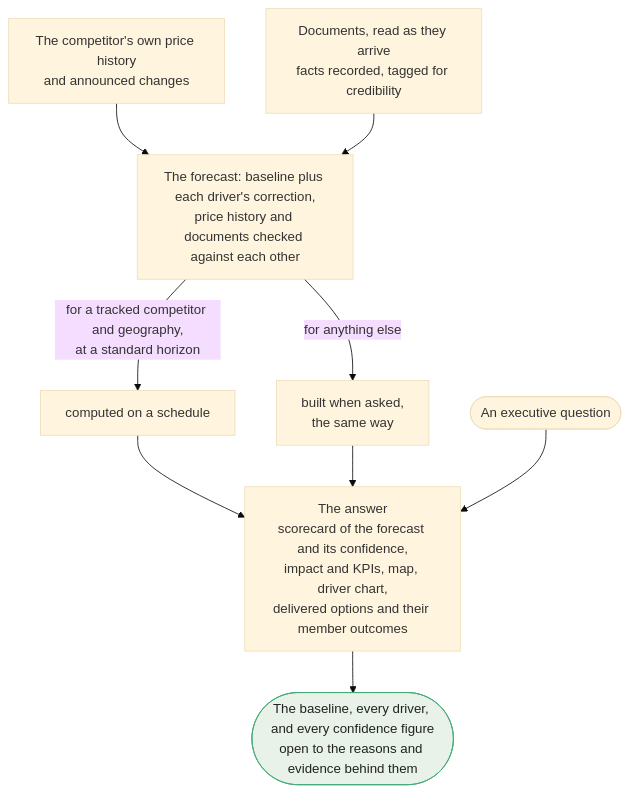
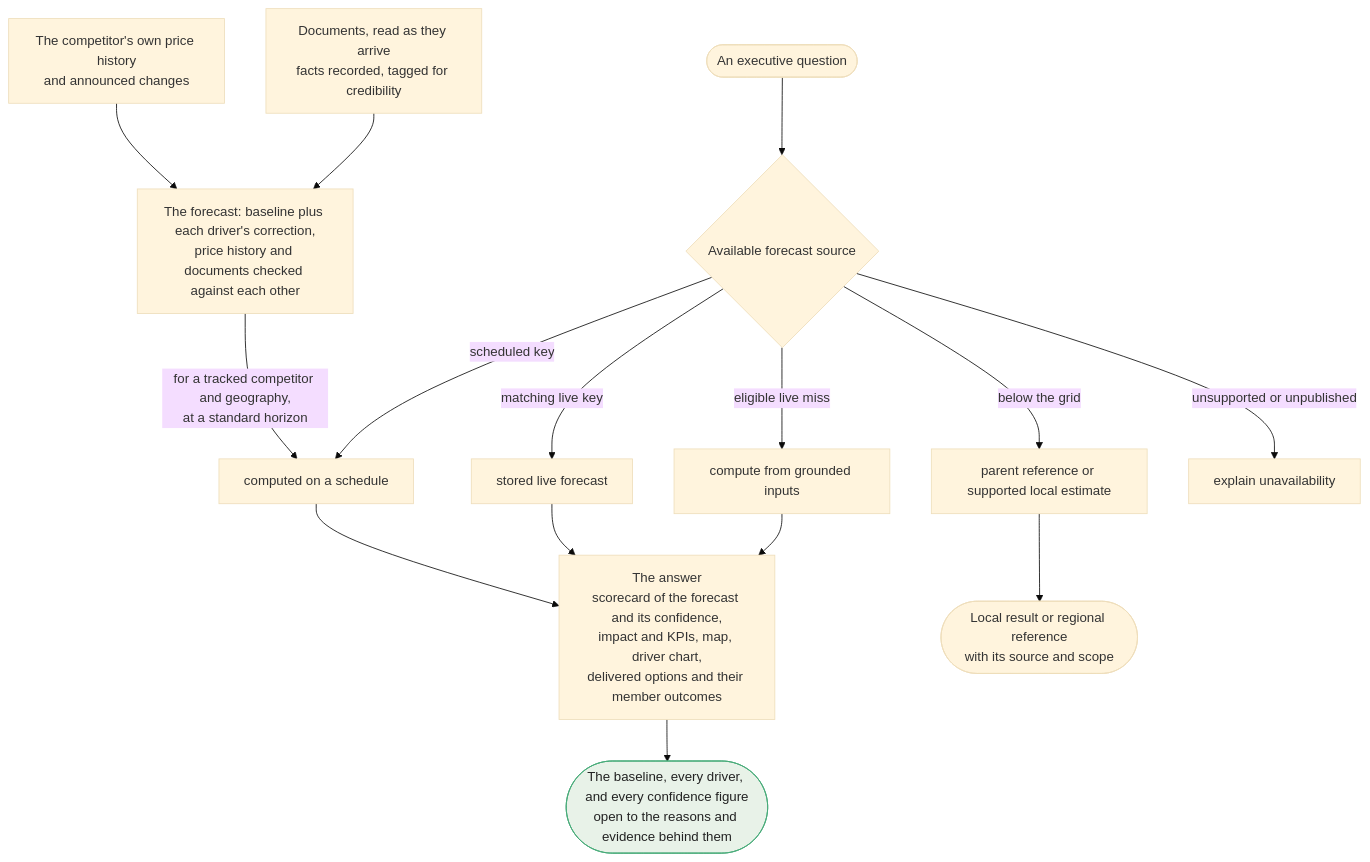
Before and after one commit to billy-atkins/price-horizon: the second of 4 diagrams in specs/application/product/architecture.md, drawn with Mermaid (base theme). The commit also changed other lines of this file and 38 other files, not shown here.

````diff
--- a/specs/application/product/architecture.md
+++ b/specs/application/product/architecture.md
@@ -137,22 +134,28 @@
 ```mermaid
 ---
 config:
   layout: dagre
 ---
 flowchart TD
     HIST["The competitor's own price history<br/>and announced changes"]
     DOCS["Documents, read as they arrive<br/>facts recorded, tagged for credibility"]
     HIST --> BUILD
     DOCS --> BUILD
     BUILD["The forecast: baseline plus each driver's correction,<br/>price history and documents checked against each other"]
     BUILD -->|"for a tracked competitor and geography,<br/>at a standard horizon"| BUILT["computed on a schedule"]
-    BUILD -->|"for anything else"| LIVE["built when asked,<br/>the same way"]
+    Q(["An executive question"]) --> SELECT{"Available forecast source"}
+    SELECT -->|"scheduled key"| BUILT
+    SELECT -->|"matching live key"| REUSE["stored live forecast"]
+    SELECT -->|"eligible live miss"| LIVE["compute from grounded inputs"]
+    SELECT -->|"below the grid"| PARENT["parent reference or supported local estimate"]
+    SELECT -->|"unsupported or unpublished"| NA["explain unavailability"]
     BUILT --> ANS
+    REUSE --> ANS
     LIVE --> ANS
-    Q(["An executive question"]) --> ANS
+    PARENT --> LOCAL(["Local result or regional reference<br/>with its source and scope"])
     ANS["The answer<br/>scorecard of the forecast and its confidence,<br/>impact and KPIs, map, driver chart,<br/>delivered options and their member outcomes"]
     ANS --> WHY(["The baseline, every driver, and every confidence figure<br/>open to the reasons and evidence behind them"])
 
     classDef done fill:#e8f2e8,stroke:#4a7,color:#222
     class WHY done
 ```
````
